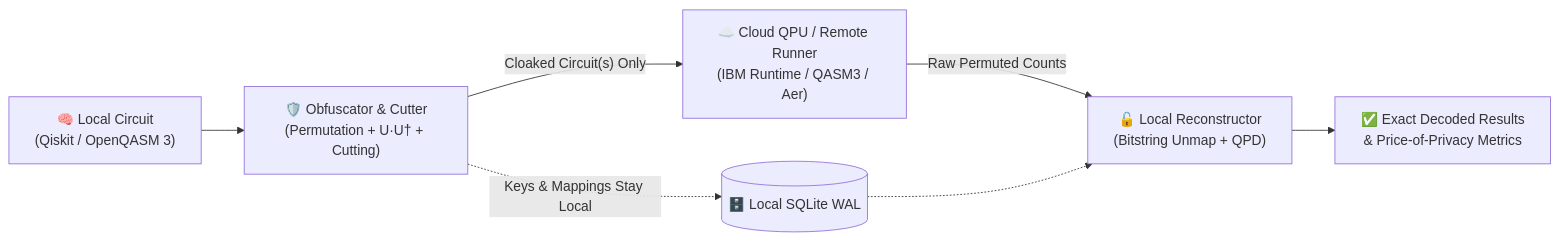
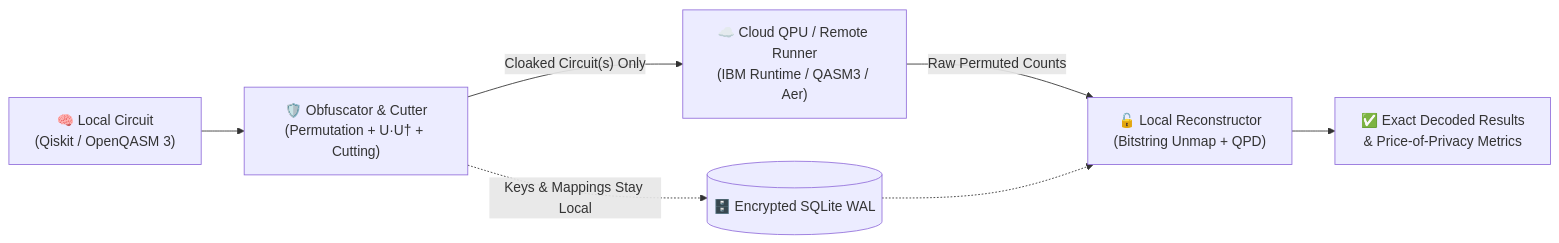
The diagram in README.md (PelleNybe/qcloak-proxy), drawn with Mermaid before and after one commit. The commit also changed other lines of this file and 3 other files, not shown here.

````diff
--- a/README.md
+++ b/README.md
@@ -38,9 +41,9 @@
 ```mermaid
 flowchart LR
     A["🧠 Local Circuit<br/>(Qiskit / OpenQASM 3)"] --> B["🛡️ Obfuscator & Cutter<br/>(Permutation + U·U† + Cutting)"]
     B -->|"Cloaked Circuit(s) Only"| C["☁️ Cloud QPU / Remote Runner<br/>(IBM Runtime / QASM3 / Aer)"]
-    B -.->|"Keys & Mappings Stay Local"| D[("🗄️ Local SQLite WAL")]
+    B -.->|"Keys & Mappings Stay Local"| D[("🗄️ Encrypted SQLite WAL")]
     C -->|"Raw Permuted Counts"| E["🔓 Local Reconstructor<br/>(Bitstring Unmap + QPD)"]
     D -.-> E
     E --> F["✅ Exact Decoded Results<br/>& Price-of-Privacy Metrics"]
 ```
````
